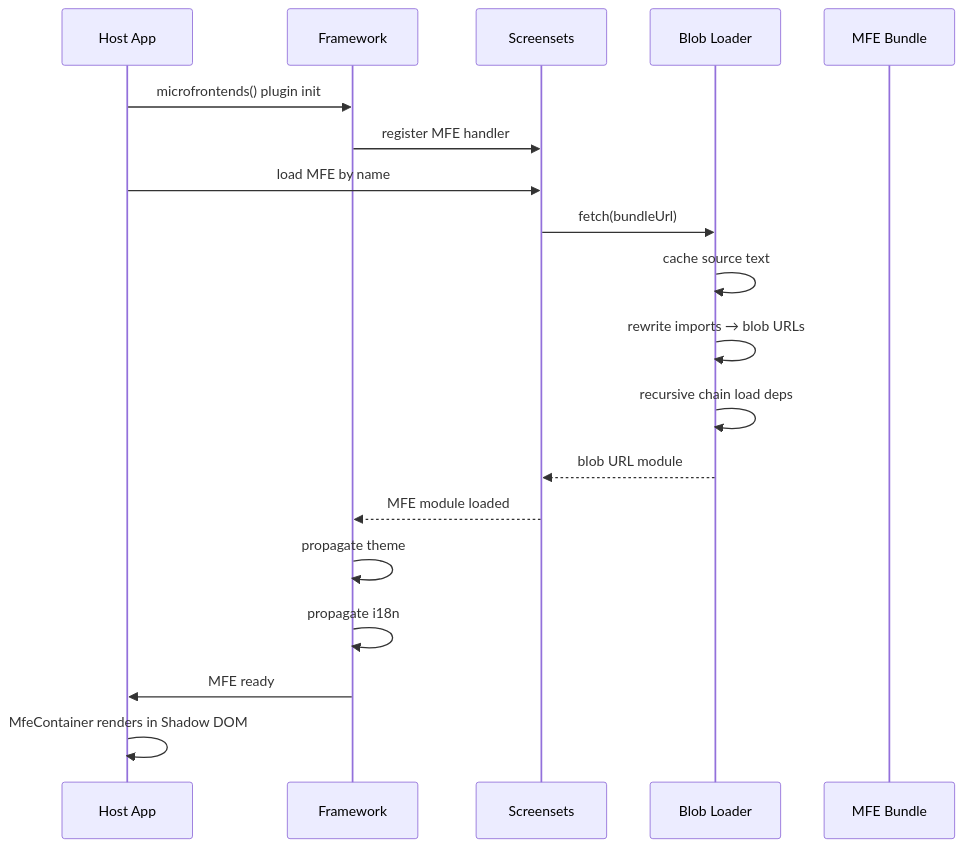
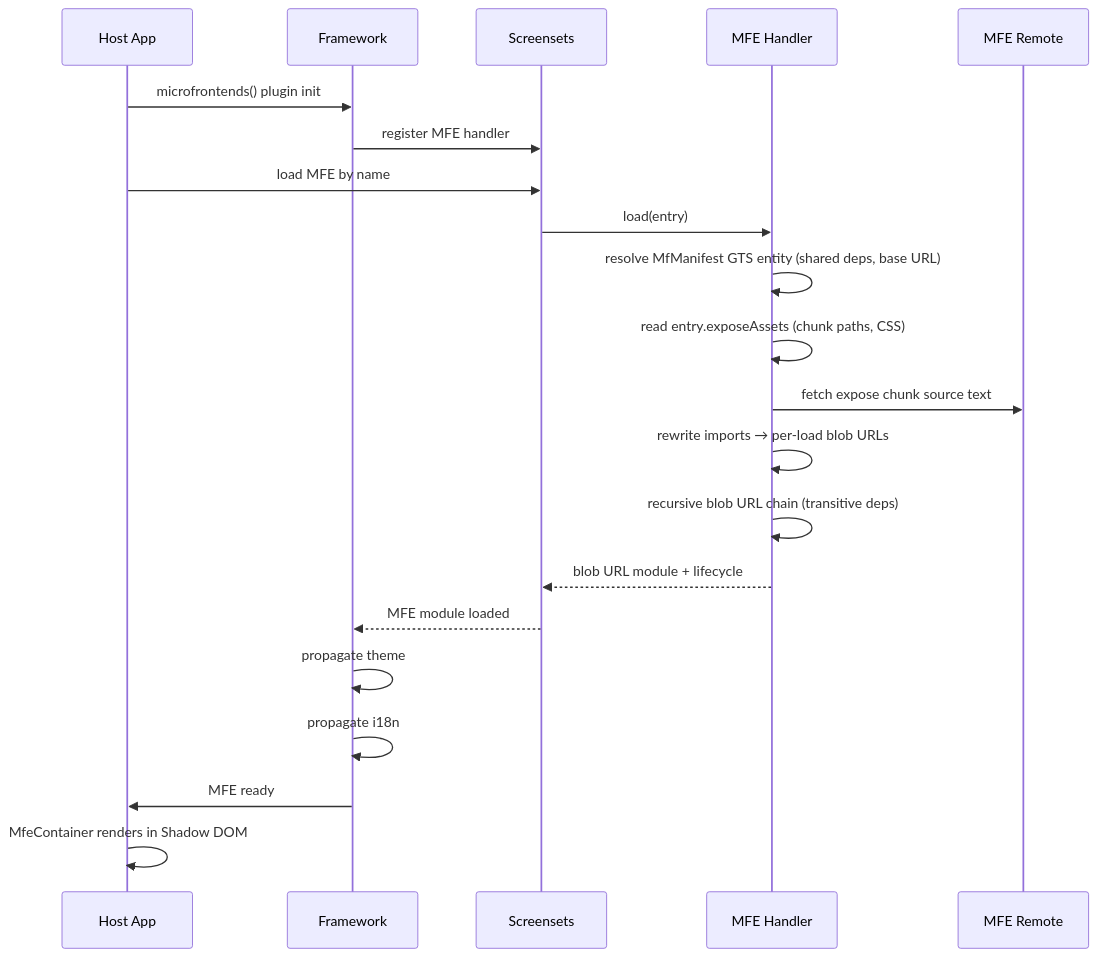
The third of 5 diagrams in architecture/DESIGN.md (GeraBart/HAI3), drawn with Mermaid before and after one commit. The commit also changed other lines of this file and 7 other files, not shown here.

````diff
--- a/architecture/DESIGN.md
+++ b/architecture/DESIGN.md
@@ -915,22 +935,24 @@
 ```mermaid
 sequenceDiagram
     participant Host as Host App
     participant FW as Framework
     participant SS as Screensets
-    participant Blob as Blob Loader
-    participant MFE as MFE Bundle
+    participant Handler as MFE Handler
+    participant Remote as MFE Remote
 
     Host->>FW: microfrontends() plugin init
     FW->>SS: register MFE handler
     Host->>SS: load MFE by name
-    SS->>Blob: fetch(bundleUrl)
-    Blob->>Blob: cache source text
-    Blob->>Blob: rewrite imports → blob URLs
-    Blob->>Blob: recursive chain load deps
-    Blob-->>SS: blob URL module
+    SS->>Handler: load(entry)
+    Handler->>Handler: resolve MfManifest GTS entity (shared deps, base URL)
+    Handler->>Handler: read entry.exposeAssets (chunk paths, CSS)
+    Handler->>Remote: fetch expose chunk source text
+    Handler->>Handler: rewrite imports → per-load blob URLs
+    Handler->>Handler: recursive blob URL chain (transitive deps)
+    Handler-->>SS: blob URL module + lifecycle
     SS-->>FW: MFE module loaded
     FW->>FW: propagate theme
     FW->>FW: propagate i18n
     FW->>Host: MFE ready
     Host->>Host: MfeContainer renders in Shadow DOM
 ```
````
